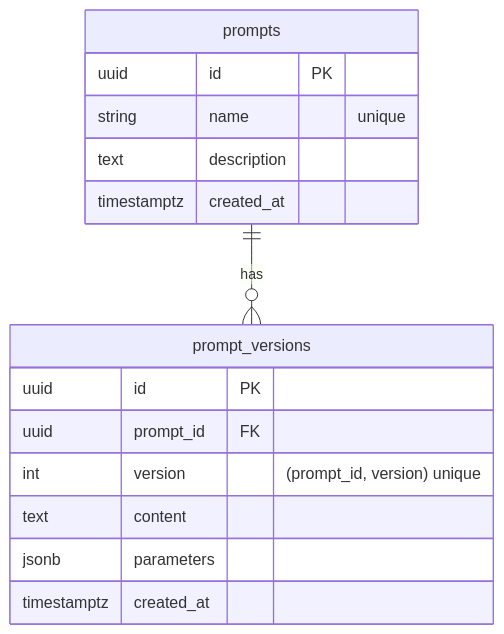
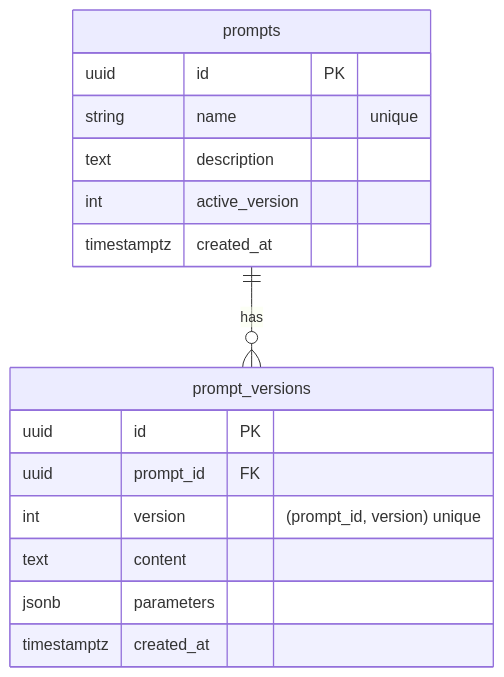
One commit to danielwei123/llm-evals-platform changed the third of 4 diagrams in docs/ARCHITECTURE.md. Above: the diagram before and after it, drawn with Mermaid. The commit also changed other lines of this file and 1 other file, not shown here.

Commit message:
docs: document prompt version activation

````diff
--- a/docs/ARCHITECTURE.md
+++ b/docs/ARCHITECTURE.md
@@ -66,20 +67,21 @@
 ```mermaid
 erDiagram
   prompts {
     uuid id PK
     string name "unique"
     text description
+    int active_version
     timestamptz created_at
   }
 
   prompt_versions {
     uuid id PK
     uuid prompt_id FK
     int version "(prompt_id, version) unique"
     text content
     jsonb parameters
     timestamptz created_at
   }
 
   prompts ||--o{ prompt_versions : has
 ```
````
